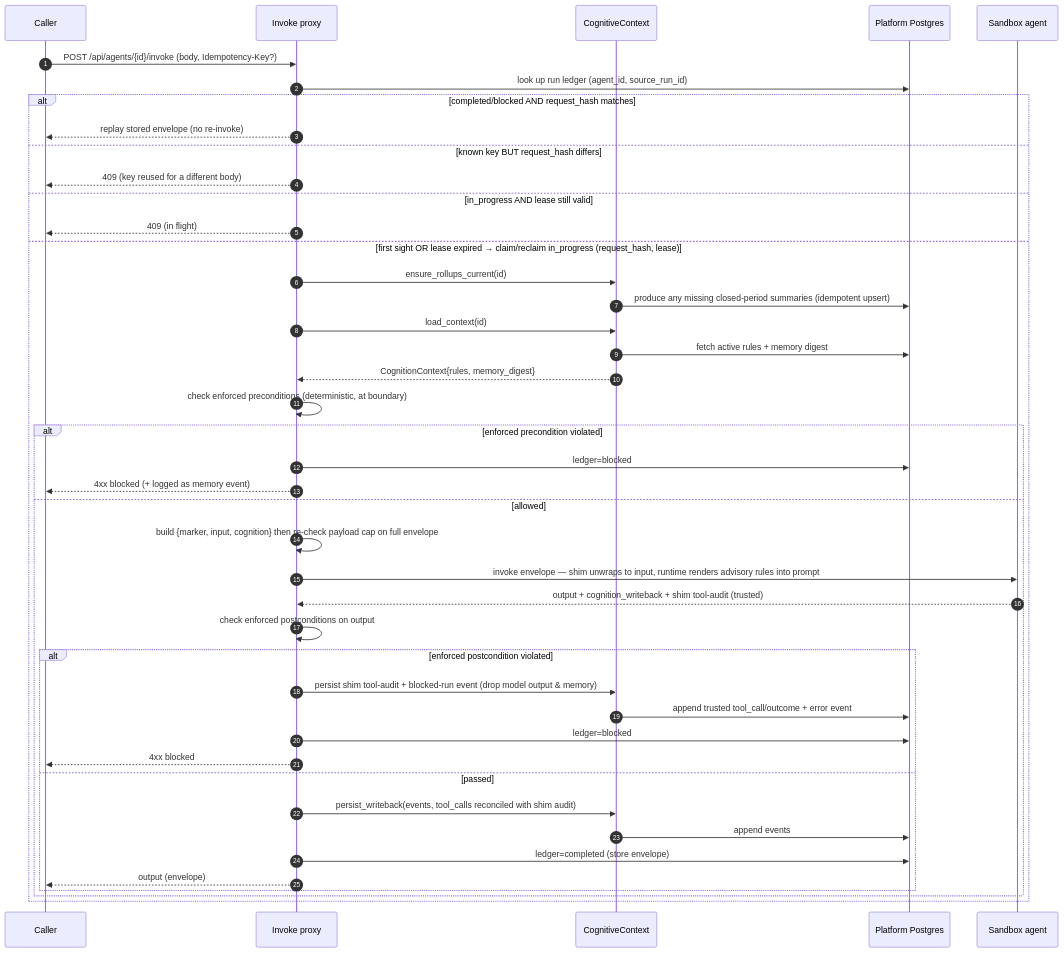
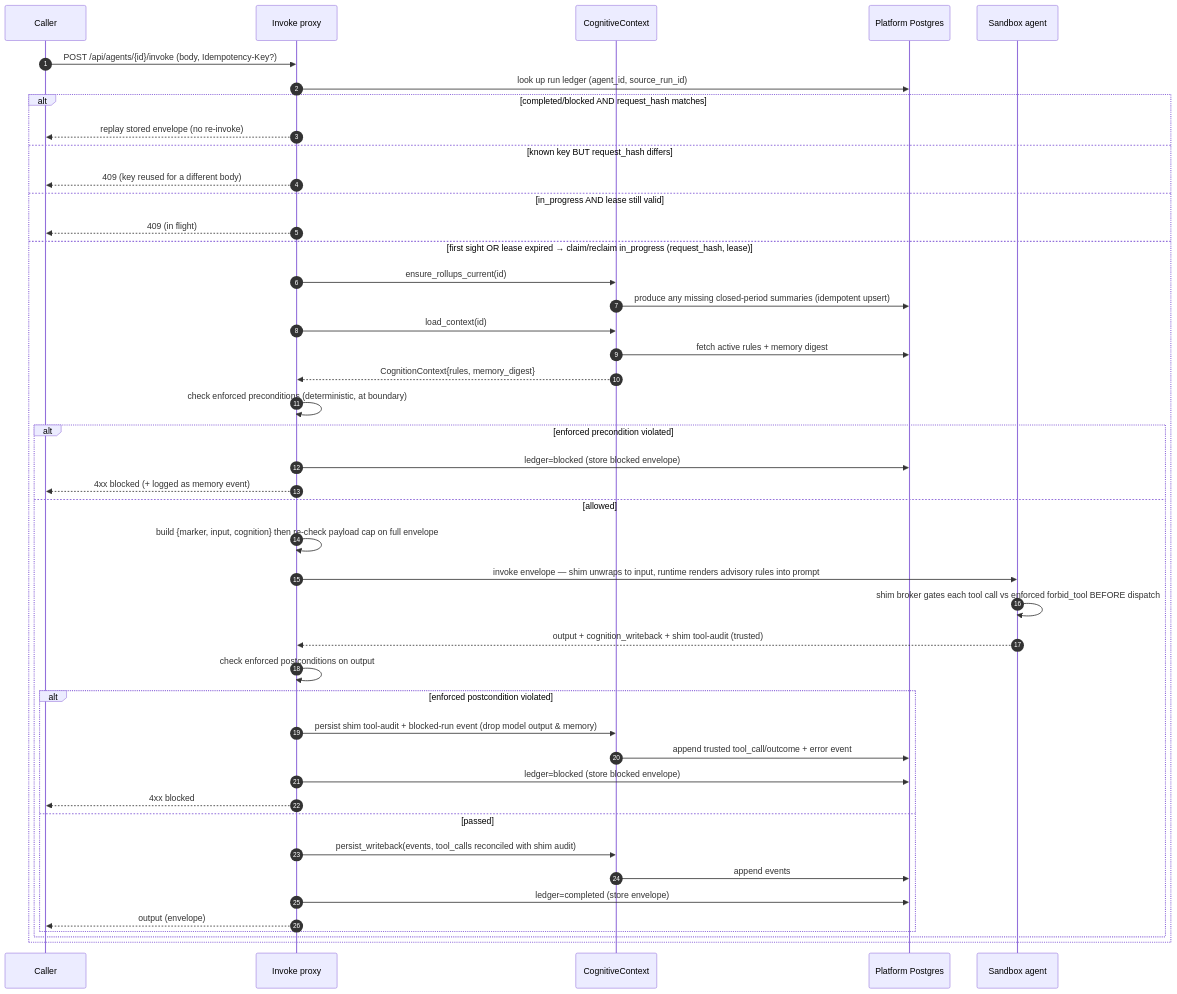
The third of 6 diagrams in backend/agents/agent_cognition/DESIGN.md (brandonkindred/Khala-Agentic-AI-Teams), drawn with Mermaid before and after one commit. The commit also changed other lines of this file and 1 other file, not shown here.

````diff
--- a/backend/agents/agent_cognition/DESIGN.md
+++ b/backend/agents/agent_cognition/DESIGN.md
@@ -196,46 +205,47 @@
 ```mermaid
 sequenceDiagram
   autonumber
   participant C as Caller
   participant PX as Invoke proxy
   participant CTX as CognitiveContext
   participant PG as Platform Postgres
   participant SB as Sandbox agent
 
   C->>PX: POST /api/agents/{id}/invoke (body, Idempotency-Key?)
   PX->>PG: look up run ledger (agent_id, source_run_id)
   alt completed/blocked AND request_hash matches
     PX-->>C: replay stored envelope (no re-invoke)
   else known key BUT request_hash differs
     PX-->>C: 409 (key reused for a different body)
   else in_progress AND lease still valid
     PX-->>C: 409 (in flight)
   else first sight OR lease expired → claim/reclaim in_progress (request_hash, lease)
     PX->>CTX: ensure_rollups_current(id)
     CTX->>PG: produce any missing closed-period summaries (idempotent upsert)
     PX->>CTX: load_context(id)
     CTX->>PG: fetch active rules + memory digest
     CTX-->>PX: CognitionContext{rules, memory_digest}
     PX->>PX: check enforced preconditions (deterministic, at boundary)
     alt enforced precondition violated
-      PX->>PG: ledger=blocked
+      PX->>PG: ledger=blocked (store blocked envelope)
       PX-->>C: 4xx blocked (+ logged as memory event)
     else allowed
       PX->>PX: build {marker, input, cognition} then re-check payload cap on full envelope
       PX->>SB: invoke envelope — shim unwraps to input, runtime renders advisory rules into prompt
+      SB->>SB: shim broker gates each tool call vs enforced forbid_tool BEFORE dispatch
       SB-->>PX: output + cognition_writeback + shim tool-audit (trusted)
       PX->>PX: check enforced postconditions on output
       alt enforced postcondition violated
         PX->>CTX: persist shim tool-audit + blocked-run event (drop model output & memory)
         CTX->>PG: append trusted tool_call/outcome + error event
-        PX->>PG: ledger=blocked
+        PX->>PG: ledger=blocked (store blocked envelope)
         PX-->>C: 4xx blocked
       else passed
         PX->>CTX: persist_writeback(events, tool_calls reconciled with shim audit)
         CTX->>PG: append events
         PX->>PG: ledger=completed (store envelope)
         PX-->>C: output (envelope)
       end
     end
   end
 ```
````
